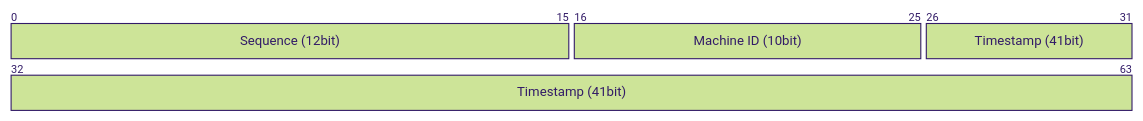
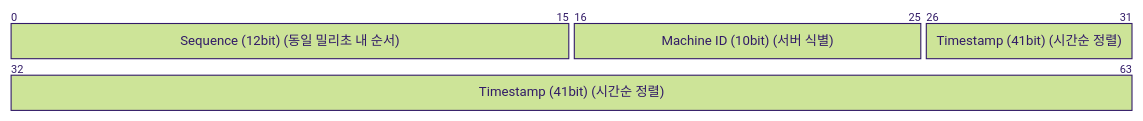
One commit to jyukki97/study-blog changed the third of 3 diagrams in content/learning/deep-dive/deep-dive-sharding-consistent-hashing.md. Above: the diagram before and after it, drawn with Mermaid (forest theme). The commit also changed other lines of this file and 85 other files, not shown here.

````diff
--- a/content/learning/deep-dive/deep-dive-sharding-consistent-hashing.md
+++ b/content/learning/deep-dive/deep-dive-sharding-consistent-hashing.md
@@ -81,6 +117,6 @@
 ```mermaid
 packet-beta
-0-15: "Sequence (12bit)"
-16-25: "Machine ID (10bit)"
-26-63: "Timestamp (41bit)"
+0-15: "Sequence (12bit)\n(동일 밀리초 내 순서)"
+16-25: "Machine ID (10bit)\n(서버 식별)"
+26-63: "Timestamp (41bit)\n(시간순 정렬)"
 ```
````
